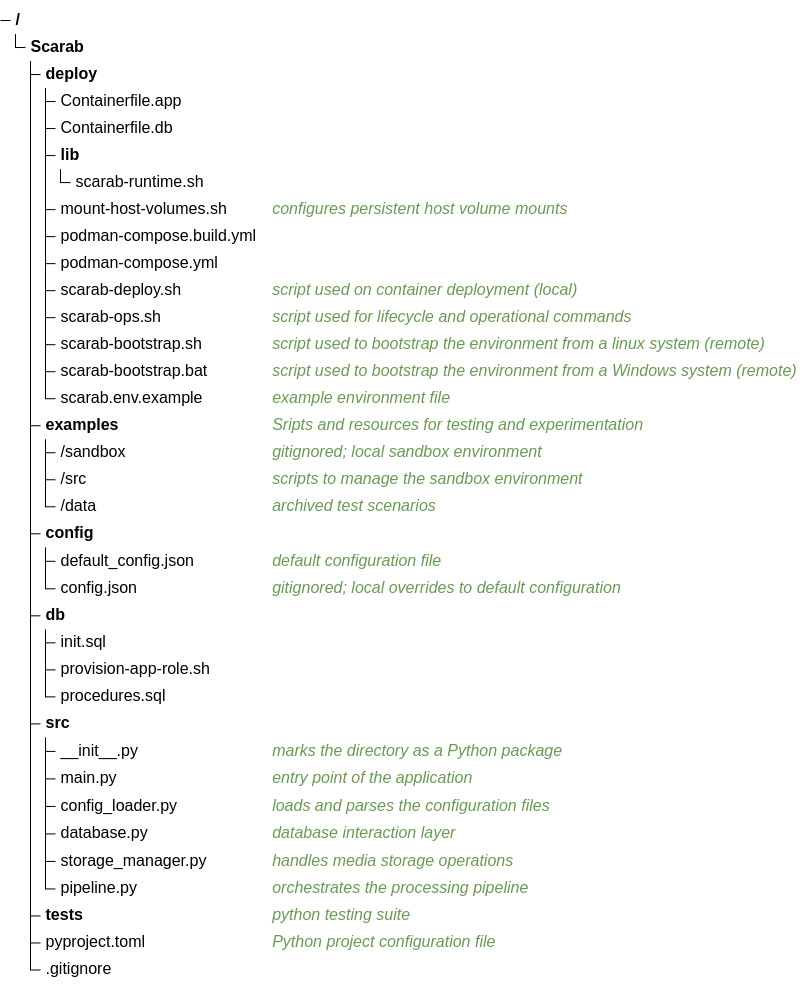
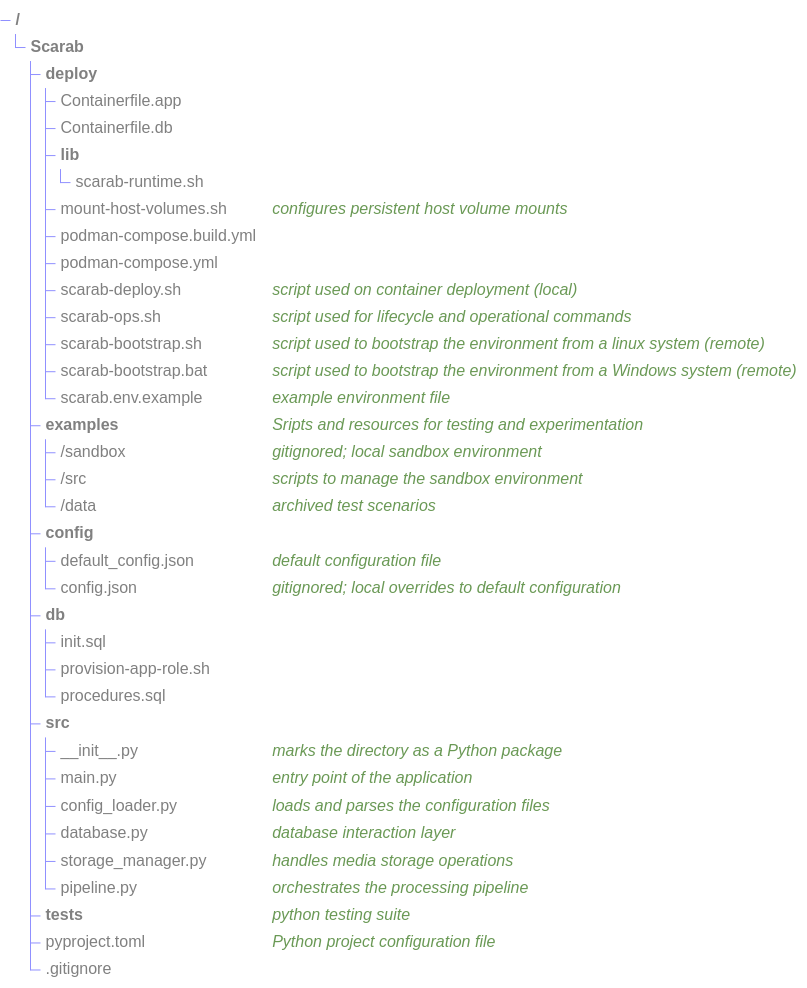
One commit to InovaFiscaliza/Scarab changed the second of 2 diagrams in README.md. Above: the diagram before and after it, drawn with Mermaid.

Commit message:
Fix mermaid treeview for dark mode

````diff
--- a/README.md
+++ b/README.md
@@ -103,48 +103,50 @@
 ```mermaid
 ---
 config:
     'theme': 'base'
-    'themeVariables':
-      'primaryColor': '#9090ff'
-      'secondaryColor': '#808080'
-      'primaryTextColor': '#eeeeee'
-      'primaryBorderColor': '#ffffff'
-      'lineColor': '#808080'
+    themeVariables:
+      primaryColor: '#9090ff'
+      secondaryColor: '#808080'
+      primaryBorderColor: '#ffffff'
+      treeView:
+        labelColor: '#808080'
+        lineColor: '#9090ff'
+        descriptionColor: '#bbbbbb'
 ---
 treeView-beta
     Scarab/
         deploy/
             Containerfile.app
             Containerfile.db
             lib/
                 scarab-runtime.sh
             mount-host-volumes.sh ## configures persistent host volume mounts
             podman-compose.build.yml
             podman-compose.yml
             scarab-deploy.sh ## script used on container deployment (local)
             scarab-ops.sh ## script used for lifecycle and operational commands
             scarab-bootstrap.sh ## script used to bootstrap the environment from a linux system (remote)
             scarab-bootstrap.bat ## script used to bootstrap the environment from a Windows system (remote)
             scarab.env.example ## example environment file
         examples/ ## Sripts and resources for testing and experimentation
             /sandbox ## gitignored; local sandbox environment
             /src ## scripts to manage the sandbox environment
             /data ## archived test scenarios
         config/
             default_config.json ## default configuration file
             config.json ## gitignored; local overrides to default configuration
         db/
             init.sql
             provision-app-role.sh
             procedures.sql
         src/
             __init__.py ## marks the directory as a Python package
             main.py ## entry point of the application
             config_loader.py ## loads and parses the configuration files
             database.py ## database interaction layer
             storage_manager.py ## handles media storage operations
             pipeline.py ## orchestrates the processing pipeline
         tests/ ## python testing suite
         pyproject.toml ## Python project configuration file
         .gitignore
 ```
````
